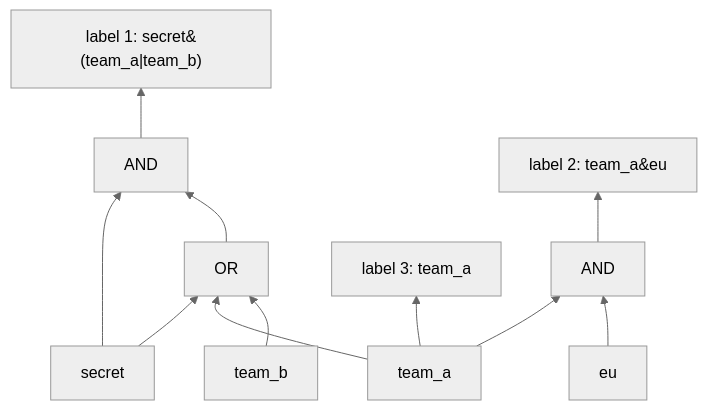
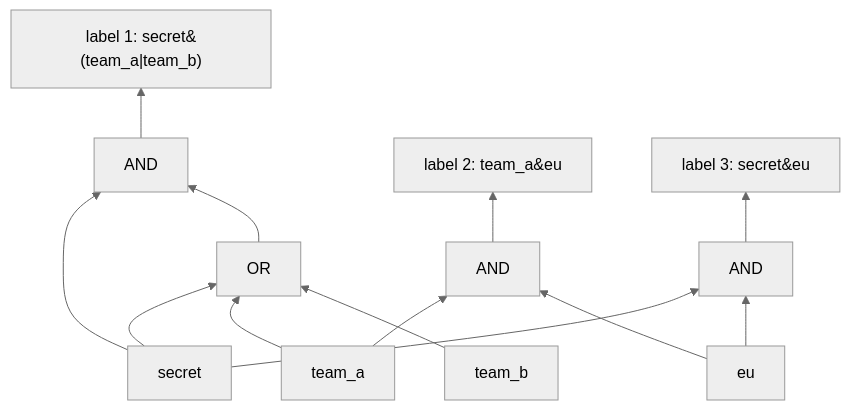
One commit to jennis0/tesseradb changed the second of 2 diagrams in docs/users-and-access.md. Above: the diagram before and after it, drawn with Mermaid (neutral theme). The commit also changed other lines of this file and 1 other file, not shown here.

````diff
--- a/docs/users-and-access.md
+++ b/docs/users-and-access.md
@@ -226,13 +233,15 @@
 ```mermaid
 flowchart BT
   s[secret] --> n1["OR"]
   a[team_a] --> n1
   b[team_b] --> n1
   s --> n2["AND"]
   n1 --> n2
   a --> n3["AND"]
   c[eu] --> n3
   n2 --> L1["label 1: secret&(team_a|team_b)"]
   n3 --> L2["label 2: team_a&eu"]
-  a --> L3["label 3: team_a"]
+  s --> n4["AND"]
+  c --> n4
+  n4 --> L3["label 3: secret&eu"]
 ```
````
